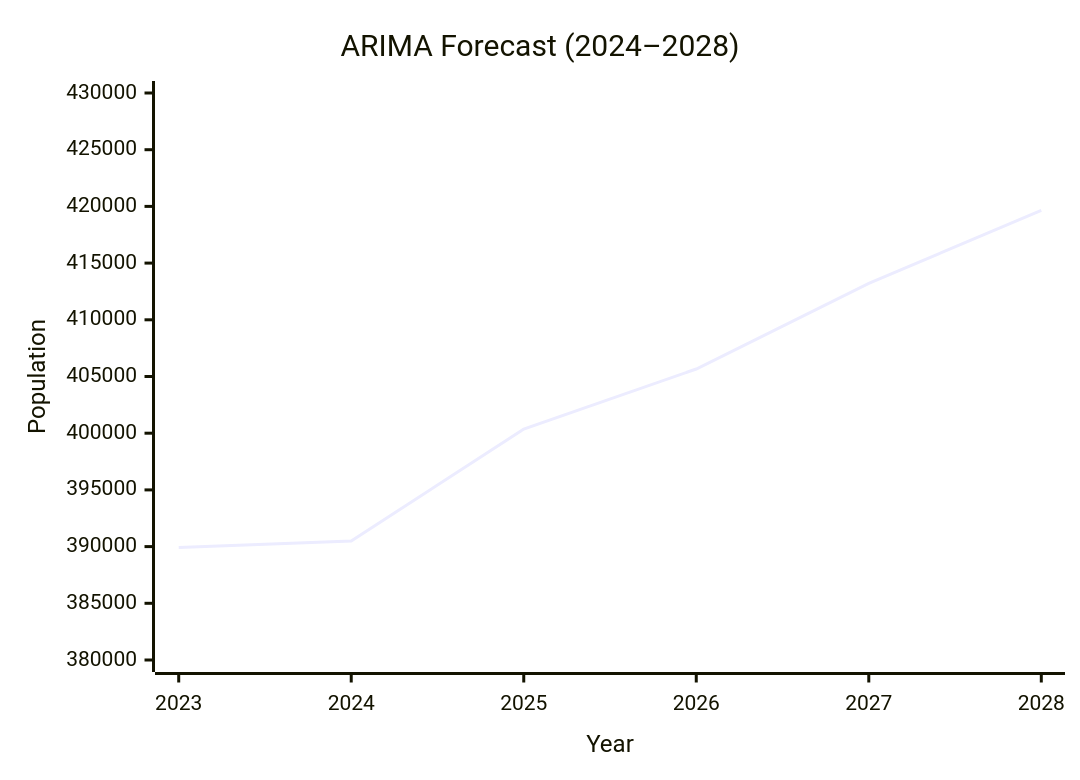
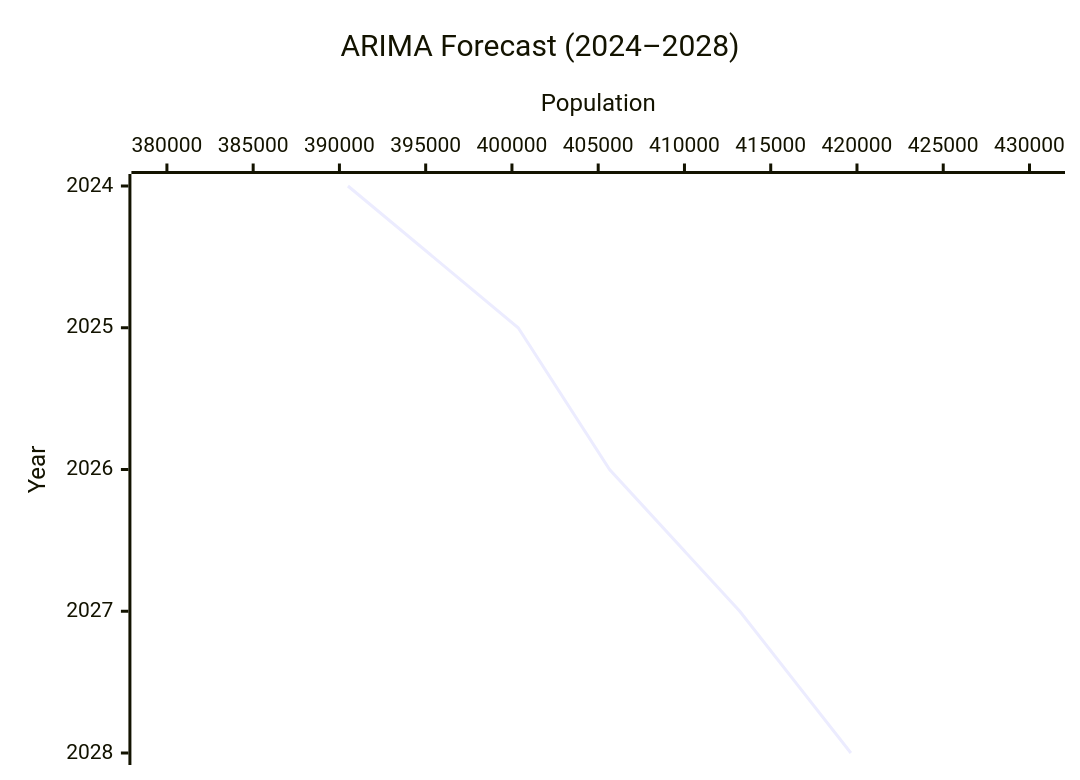
One commit to prakhar-quant/demo- changed the fourth of 4 diagrams in README.md. Above: the diagram before and after it, drawn with Mermaid. The commit also changed other lines of this file, not shown here.

````diff
--- a/README.md
+++ b/README.md
@@ -216,7 +216,7 @@
 ```mermaid
-xychart-beta
+xychart-beta horizontal
     title "ARIMA Forecast (2024–2028)"
-    x-axis "Year" [2023, 2024, 2025, 2026, 2027, 2028]
+    x-axis "Year" [2024, 2025, 2026, 2027, 2028]
     y-axis "Population" 380000 --> 430000
-    line [389910, 390494, 400361, 405660, 413207, 419647]
+    line "Forecast" [390494, 400361, 405660, 413207, 419647]
 ```
````
